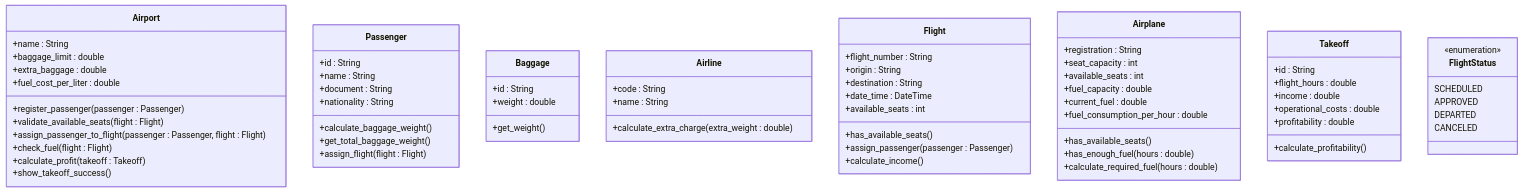
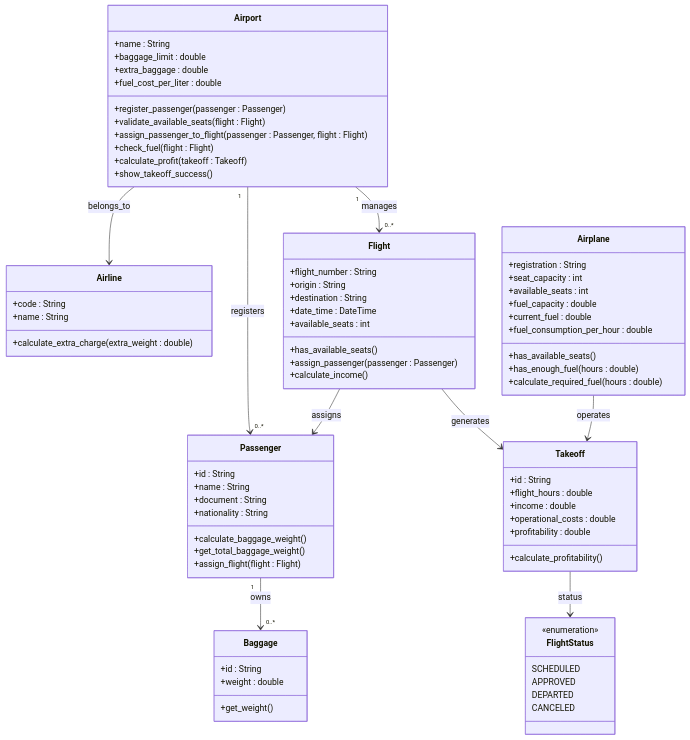
Before and after one commit to CristianDuarted/Proyecto-Aeropuerto-POO: the diagram in README.md, drawn with Mermaid.

````diff
--- a/README.md
+++ b/README.md
@@ -103,6 +103,13 @@
         DEPARTED
         CANCELED
     }
-
+    Airport "1" --> "0..*" Passenger : registers
+    Passenger "1" --> "0..*" Baggage : owns
+    Airport "1" --> "0..*" Flight : manages
+    Airport --> Airline : belongs_to
+    Flight --> Takeoff : generates
+    Airplane --> Takeoff : operates
+    Takeoff --> FlightStatus : status
+    Flight --> Passenger : assigns
 
 ```
````
